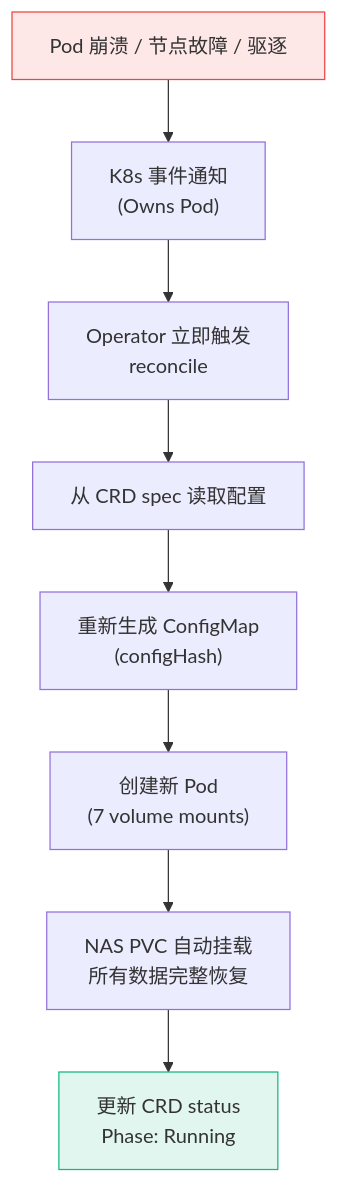
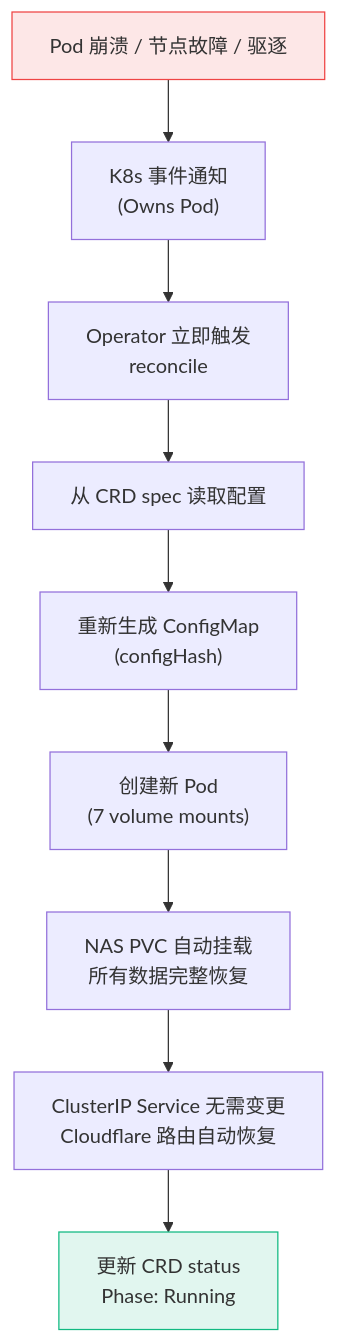
Before and after one commit to guangzhou/carher-admin: the ninth of 9 diagrams in README.md, drawn with Mermaid. The commit also changed other lines of this file and 2 other files, not shown here.

````diff
--- a/README.md
+++ b/README.md
@@ -310,13 +378,14 @@
 ```mermaid
 flowchart TD
     A["Pod 崩溃 / 节点故障 / 驱逐"] --> B["K8s 事件通知<br/>(Owns Pod)"]
     B --> C["Operator 立即触发<br/>reconcile"]
     C --> D["从 CRD spec 读取配置"]
     D --> E["重新生成 ConfigMap<br/>(configHash)"]
     E --> F["创建新 Pod<br/>(7 volume mounts)"]
     F --> G["NAS PVC 自动挂载<br/>所有数据完整恢复"]
-    G --> H["更新 CRD status<br/>Phase: Running"]
+    G --> H["ClusterIP Service 无需变更<br/>Cloudflare 路由自动恢复"]
+    H --> I["更新 CRD status<br/>Phase: Running"]
 
     style A fill:#ef444420,stroke:#ef4444
-    style H fill:#10b98120,stroke:#10b981
+    style I fill:#10b98120,stroke:#10b981
 ```
````
